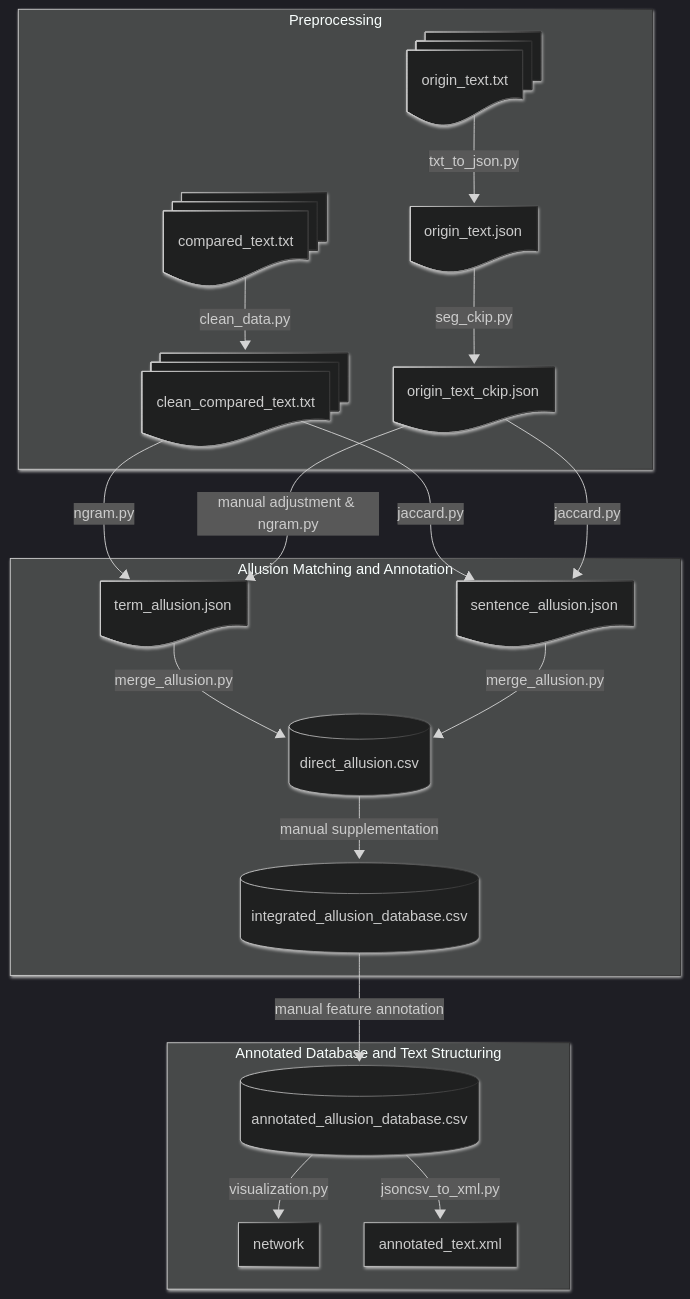
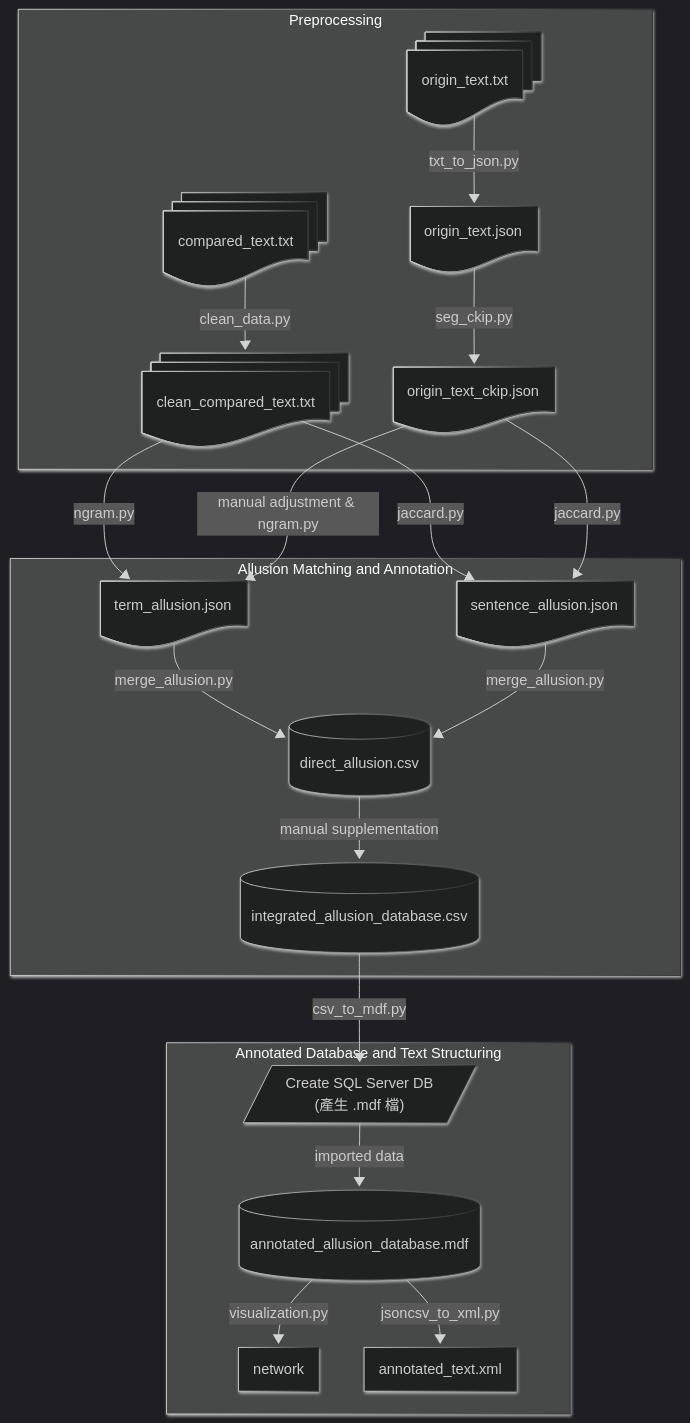
Before and after one commit to Taoyi-Chiang/lufu_allusion: the diagram in README.md, drawn with Mermaid.

````diff
--- a/README.md
+++ b/README.md
@@ -2,47 +2,50 @@
 ```mermaid
 ---
 config:
   theme: dark
   look: neo
 ---
 flowchart TD
- subgraph Preprocessing["Preprocessing"]
-        B1["origin_text.json"]
-        B2["origin_text_ckip.json"]
-        A1["origin_text.txt"]
-        A2["compared_text.txt"]
-        A3["clean_compared_text.txt"]
-
+  subgraph Preprocessing["Preprocessing"]
+      B1["origin_text.json"]
+      B2["origin_text_ckip.json"]
+      A1["origin_text.txt"]
+      A2["compared_text.txt"]
+      A3["clean_compared_text.txt"]
   end
- subgraph subGraph1["Allusion Matching and Annotation"]
-        C1["sentence_allusion.json"]
-        C2["term_allusion.json"]
-        D1[("direct_allusion.csv")]
-        E1[("integrated_allusion_database.csv")]
+  subgraph subGraph1["Allusion Matching and Annotation"]
+      C1["sentence_allusion.json"]
+      C2["term_allusion.json"]
+      D1[("direct_allusion.csv")]
+      E1[("integrated_allusion_database.csv")]
   end
- subgraph subGraph2["Annotated Database and Text Structuring"]
-        E2[("annotated_allusion_database.csv")]
-        F1["network"]
-        F2["annotated_text.xml"]
+  subgraph subGraph2["Annotated Database and Text Structuring"]
+      DB[/"Create SQL Server DB\n(產生 .mdf 檔)"/]
+      E2[("annotated_allusion_database.mdf")]
+      F1["network"]
+      F2["annotated_text.xml"]
   end
     A1 -- "txt_to_json.py" --> B1
     A2 -- "clean_data.py" --> A3
     A3 -- "jaccard.py" --> C1
     A3 -- "ngram.py" --> C2
     B1 -- "seg_ckip.py" --> B2
     B2 -- "jaccard.py" --> C1
     B2 -- "manual adjustment & ngram.py" --> C2
     C2 -- "merge_allusion.py" --> D1
     D1 -- "manual supplementation" --> E1
-    E1 -- "manual feature annotation" --> E2
+    E1 -- "csv_to_mdf.py" --> DB
+    DB -- "imported data" --> E2
     E2 -- "visualization.py" --> F1
     E2 -- "jsoncsv_to_xml.py" --> F2
     C1 -- "merge_allusion.py" --> D1
+
+    %% 文件icon
     A1@{ shape: docs}
     A2@{ shape: docs}
     A3@{ shape: docs}
     B1@{ shape: doc}
     B2@{ shape: doc}
     C1@{ shape: doc}
     C2@{ shape: doc}
 ```
````
